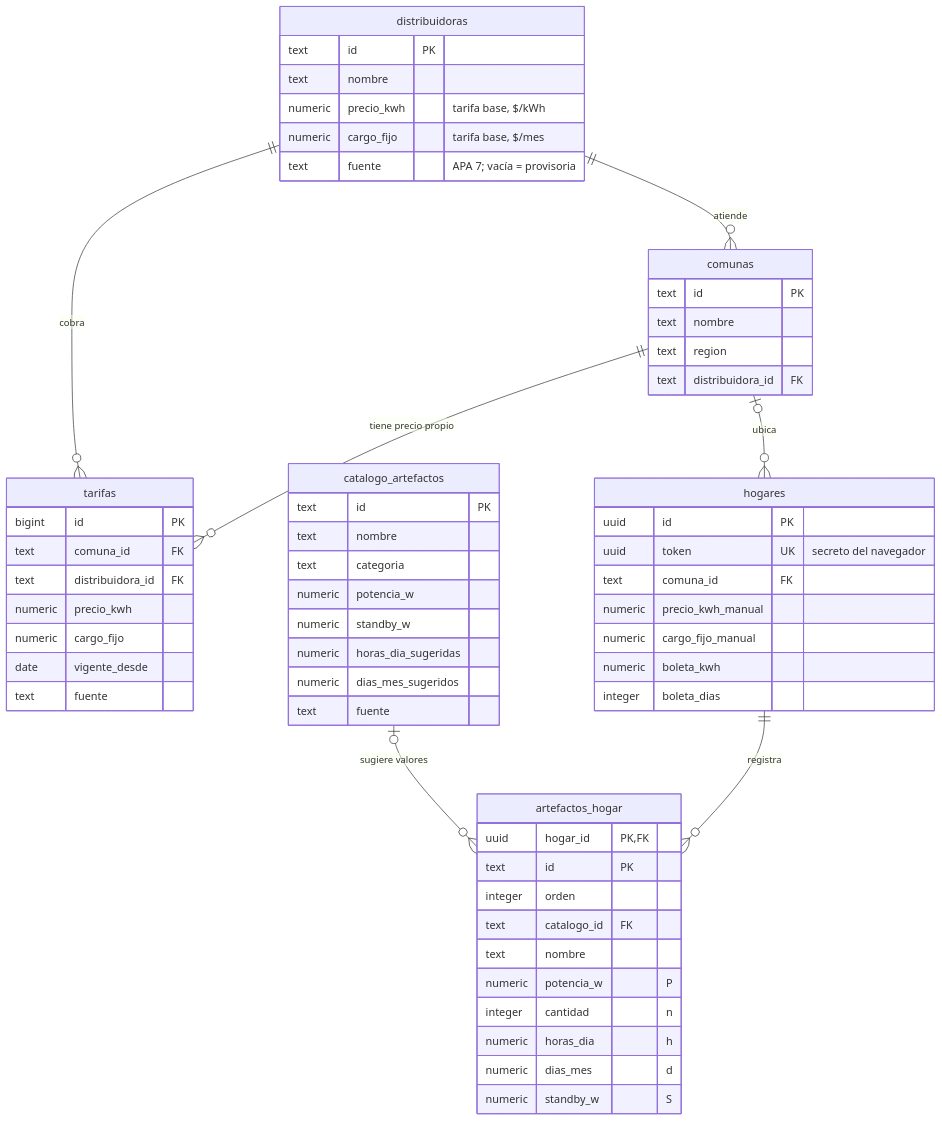
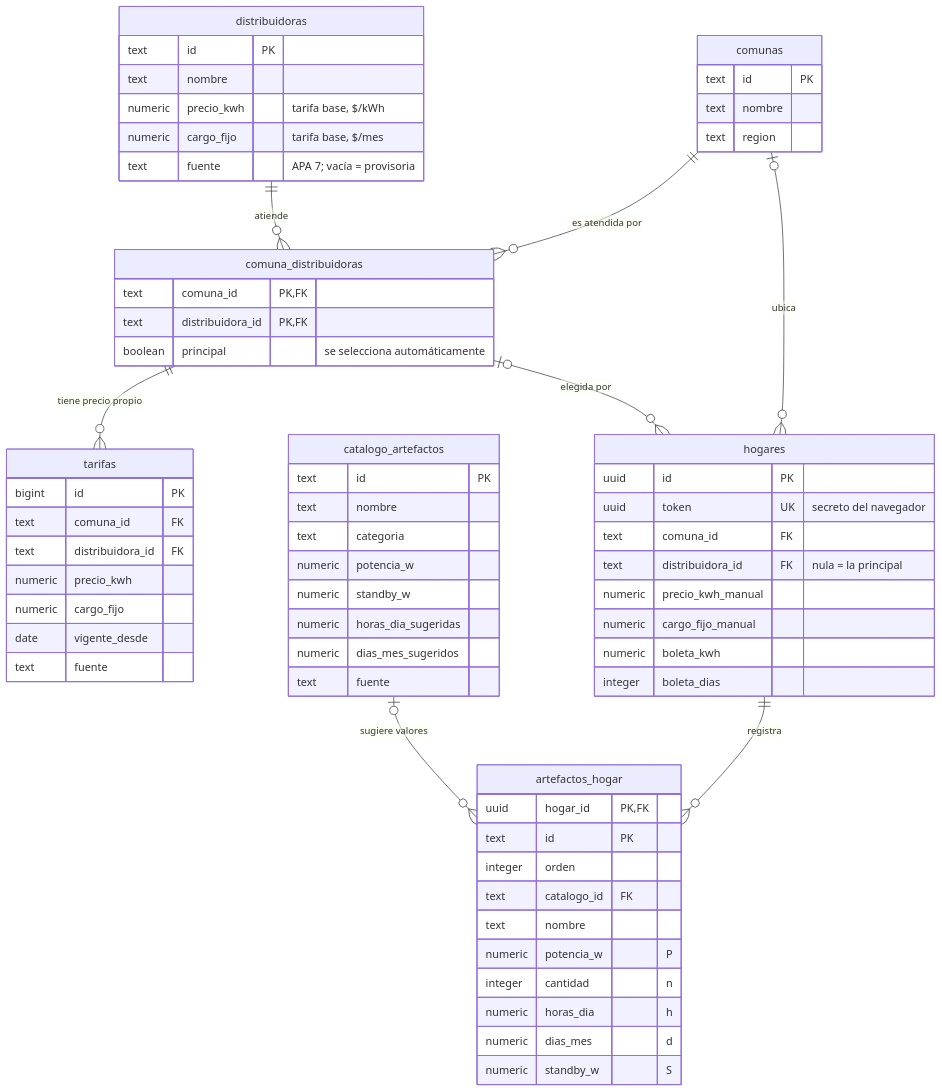
Before and after one commit to Joe-D-Fer/EcoConsumo: the diagram in supabase/README.md, drawn with Mermaid. The commit also changed other lines of this file and 12 other files, not shown here.

First line of the commit message:
Permitir varias distribuidoras por comuna

````diff
--- a/supabase/README.md
+++ b/supabase/README.md
@@ -9,63 +11,69 @@
 ```mermaid
 erDiagram
-	distribuidoras ||--o{ comunas : atiende
-	comunas ||--o{ tarifas : "tiene precio propio"
-	distribuidoras ||--o{ tarifas : cobra
+	comunas ||--o{ comuna_distribuidoras : "es atendida por"
+	distribuidoras ||--o{ comuna_distribuidoras : atiende
+	comuna_distribuidoras ||--o{ tarifas : "tiene precio propio"
 	comunas |o--o{ hogares : "ubica"
+	comuna_distribuidoras |o--o{ hogares : "elegida por"
 	hogares ||--o{ artefactos_hogar : registra
 	catalogo_artefactos |o--o{ artefactos_hogar : "sugiere valores"
 
 	distribuidoras {
 		text id PK
 		text nombre
 		numeric precio_kwh "tarifa base, $/kWh"
 		numeric cargo_fijo "tarifa base, $/mes"
 		text fuente "APA 7; vacía = provisoria"
 	}
 	comunas {
 		text id PK
 		text nombre
 		text region
-		text distribuidora_id FK
+	}
+	comuna_distribuidoras {
+		text comuna_id PK,FK
+		text distribuidora_id PK,FK
+		boolean principal "se selecciona automáticamente"
 	}
 	tarifas {
 		bigint id PK
 		text comuna_id FK
 		text distribuidora_id FK
 		numeric precio_kwh
 		numeric cargo_fijo
 		date vigente_desde
 		text fuente
 	}
 	catalogo_artefactos {
 		text id PK
 		text nombre
 		text categoria
 		numeric potencia_w
 		numeric standby_w
 		numeric horas_dia_sugeridas
 		numeric dias_mes_sugeridos
 		text fuente
 	}
 	hogares {
 		uuid id PK
 		uuid token UK "secreto del navegador"
 		text comuna_id FK
+		text distribuidora_id FK "nula = la principal"
 		numeric precio_kwh_manual
 		numeric cargo_fijo_manual
 		numeric boleta_kwh
 		integer boleta_dias
 	}
 	artefactos_hogar {
 		uuid hogar_id PK,FK
 		text id PK
 		integer orden
 		text catalogo_id FK
 		text nombre
 		numeric potencia_w "P"
 		integer cantidad "n"
 		numeric horas_dia "h"
 		numeric dias_mes "d"
 		numeric standby_w "S"
 	}
 ```
````
